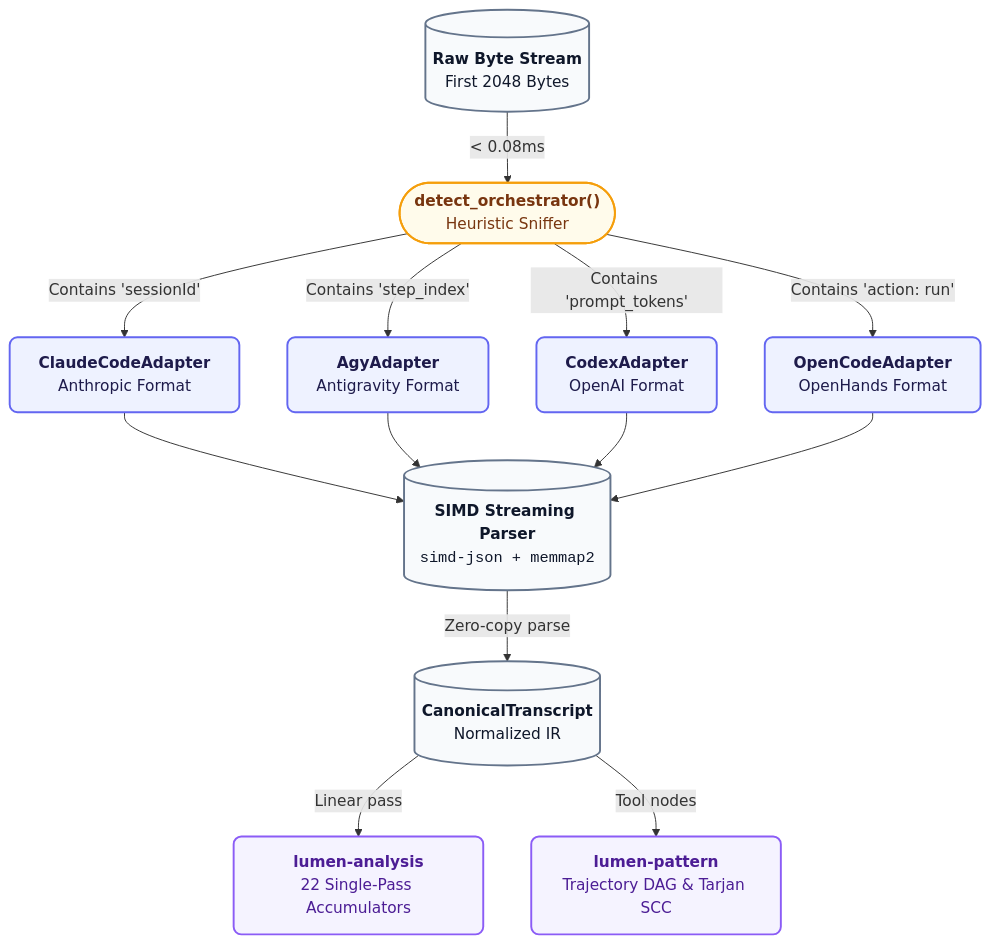
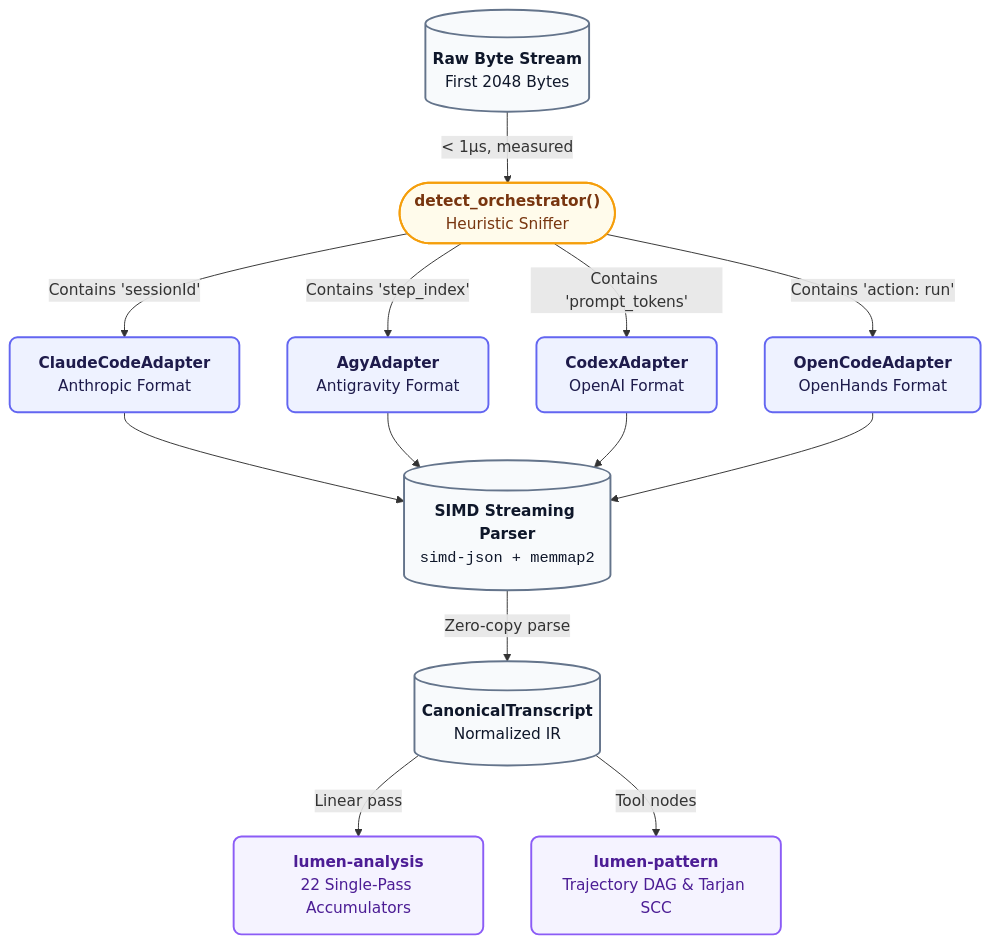
Before and after one commit to orin-axi/lumen: the second of 2 diagrams in ARCHITECTURE.md, drawn with Mermaid. The commit also changed 5 other files, not shown here.

First line of the commit message:
docs: mark vision docs as roadmap, correct licensing status table

````diff
--- a/ARCHITECTURE.md
+++ b/ARCHITECTURE.md
@@ -49,34 +49,34 @@
 ```mermaid
 flowchart TD
     classDef input fill:#eef2ff,stroke:#6366f1,stroke-width:2px,color:#1e1b4b,rx:8px,ry:8px;
     classDef router fill:#fffbeb,stroke:#f59e0b,stroke-width:2px,color:#78350f,rx:8px,ry:8px;
     classDef parser fill:#f8fafc,stroke:#64748b,stroke-width:2px,color:#0f172a,rx:8px,ry:8px;
     classDef model fill:#f8fafc,stroke:#64748b,stroke-width:2px,color:#0f172a,rx:8px,ry:8px;
     classDef engine fill:#f5f3ff,stroke:#8b5cf6,stroke-width:2px,color:#4c1d95,rx:8px,ry:8px;
 
     Raw[("<b>Raw Byte Stream</b><br/>First 2048 Bytes")]:::parser
     Detect(["<b>detect_orchestrator()</b><br/>Heuristic Sniffer"]):::router
 
-    Raw -->|< 0.08ms| Detect
+    Raw -->|< 1µs, measured| Detect
 
     Detect -->|Contains 'sessionId'| Ad1["<b>ClaudeCodeAdapter</b><br/>Anthropic Format"]:::input
     Detect -->|Contains 'step_index'| Ad2["<b>AgyAdapter</b><br/>Antigravity Format"]:::input
     Detect -->|Contains 'prompt_tokens'| Ad3["<b>CodexAdapter</b><br/>OpenAI Format"]:::input
     Detect -->|Contains 'action: run'| Ad4["<b>OpenCodeAdapter</b><br/>OpenHands Format"]:::input
 
     Stream[("<b>SIMD Streaming Parser</b><br/><code>simd-json + memmap2</code>")]:::parser
 
     Ad1 --> Stream
     Ad2 --> Stream
     Ad3 --> Stream
     Ad4 --> Stream
 
     IR[("<b>CanonicalTranscript</b><br/>Normalized IR")]:::model
     Stream -->|Zero-copy parse| IR
 
     An["<b>lumen-analysis</b><br/>22 Single-Pass Accumulators"]:::engine
     Pt["<b>lumen-pattern</b><br/>Trajectory DAG & Tarjan SCC"]:::engine
 
     IR -->|Linear pass| An
     IR -->|Tool nodes| Pt
 ```
````
